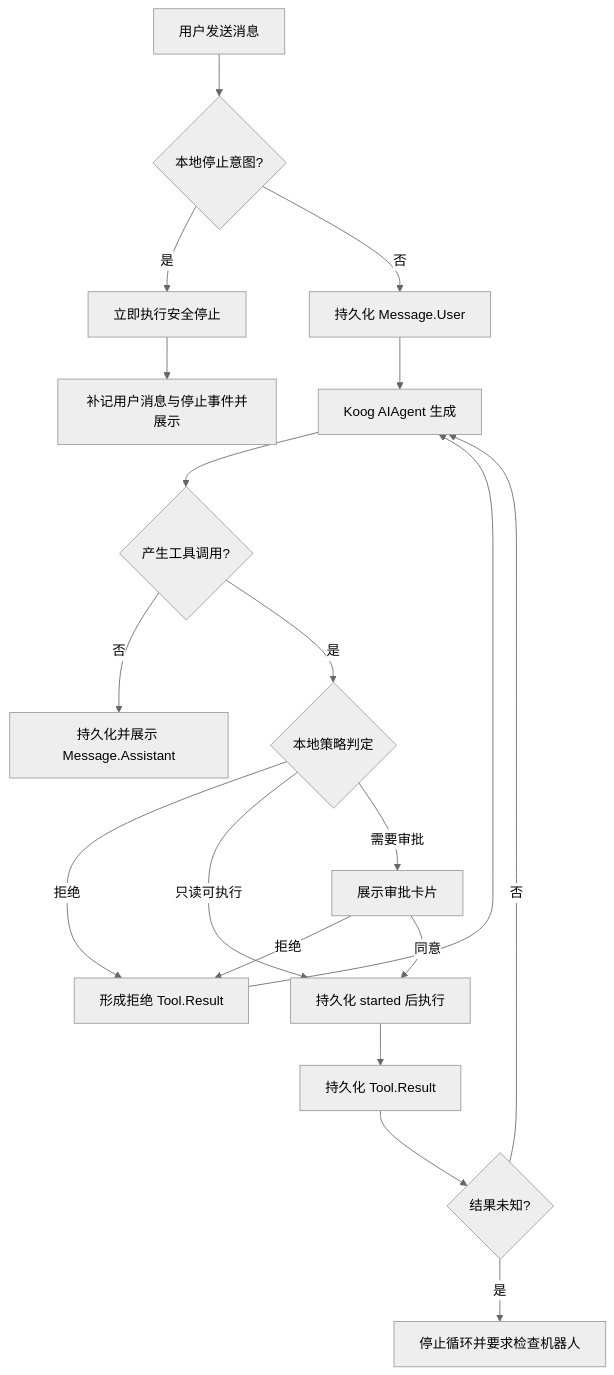
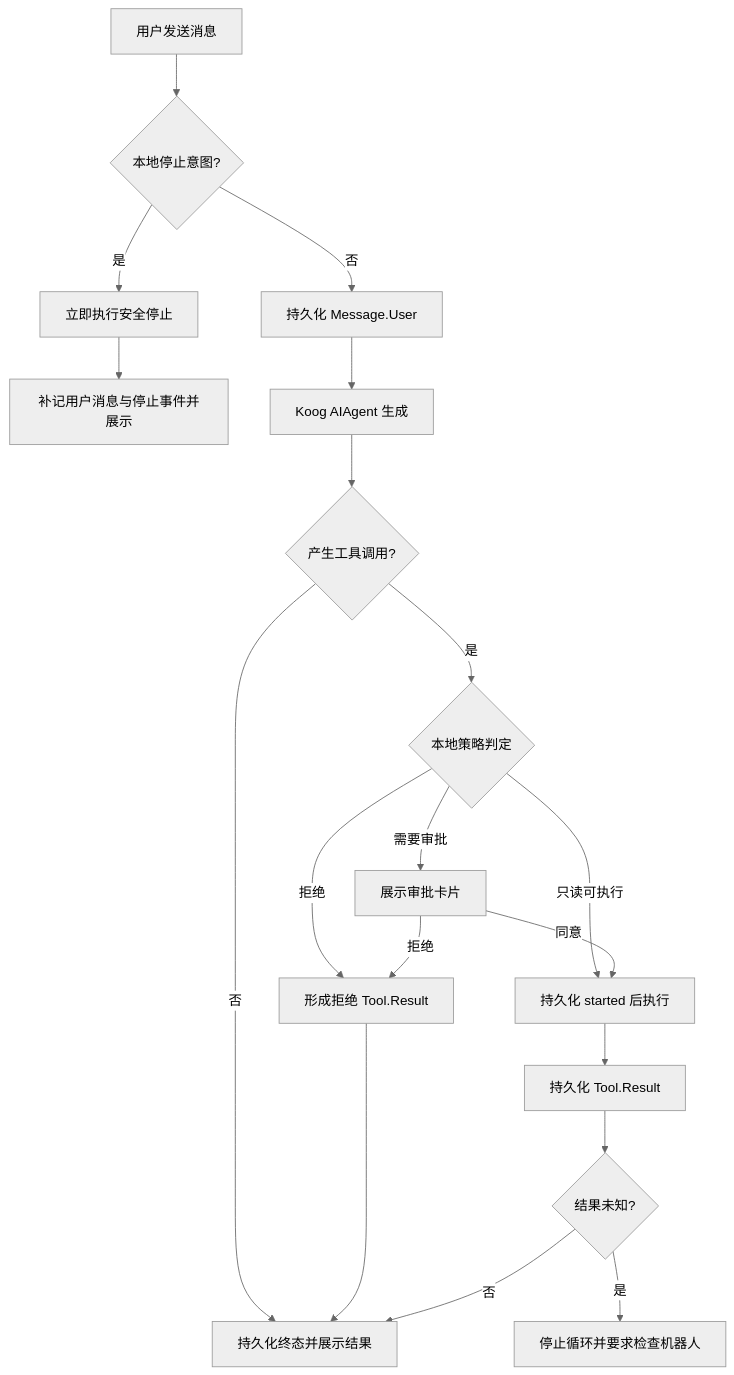
One commit to elonzh/hanppie changed the third of 4 diagrams in docs/conversation-agent-product-design.md. Above: the diagram before and after it, drawn with Mermaid (neutral theme). The commit also changed other lines of this file and 41 other files, not shown here.

````diff
--- a/docs/conversation-agent-product-design.md
+++ b/docs/conversation-agent-product-design.md
@@ -127,21 +129,21 @@
 ```mermaid
 flowchart TD
     INPUT[用户发送消息] --> FAST{本地停止意图?}
     FAST -->|是| STOP[立即执行安全停止]
     STOP --> STOP_RESULT[补记用户消息与停止事件并展示]
     FAST -->|否| SAVE[持久化 Message.User]
     SAVE --> MODEL[Koog AIAgent 生成]
     MODEL --> CALL{产生工具调用?}
-    CALL -->|否| ANSWER[持久化并展示 Message.Assistant]
+    CALL -->|否| ANSWER[持久化终态并展示结果]
     CALL -->|是| POLICY{本地策略判定}
     POLICY -->|拒绝| DENY[形成拒绝 Tool.Result]
     POLICY -->|只读可执行| EXECUTE[持久化 started 后执行]
     POLICY -->|需要审批| APPROVAL[展示审批卡片]
     APPROVAL -->|拒绝| DENY
     APPROVAL -->|同意| EXECUTE
     EXECUTE --> RESULT[持久化 Tool.Result]
-    DENY --> MODEL
+    DENY --> ANSWER
     RESULT --> UNKNOWN{结果未知?}
     UNKNOWN -->|是| ATTENTION[停止循环并要求检查机器人]
-    UNKNOWN -->|否| MODEL
+    UNKNOWN -->|否| ANSWER
 ```
````
